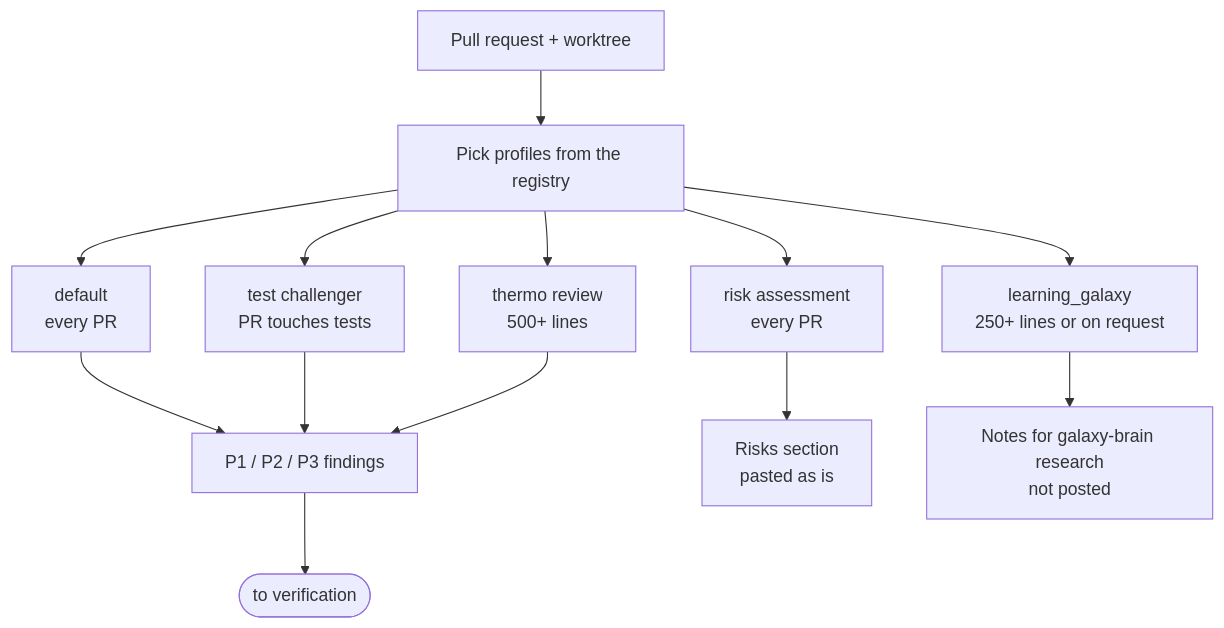
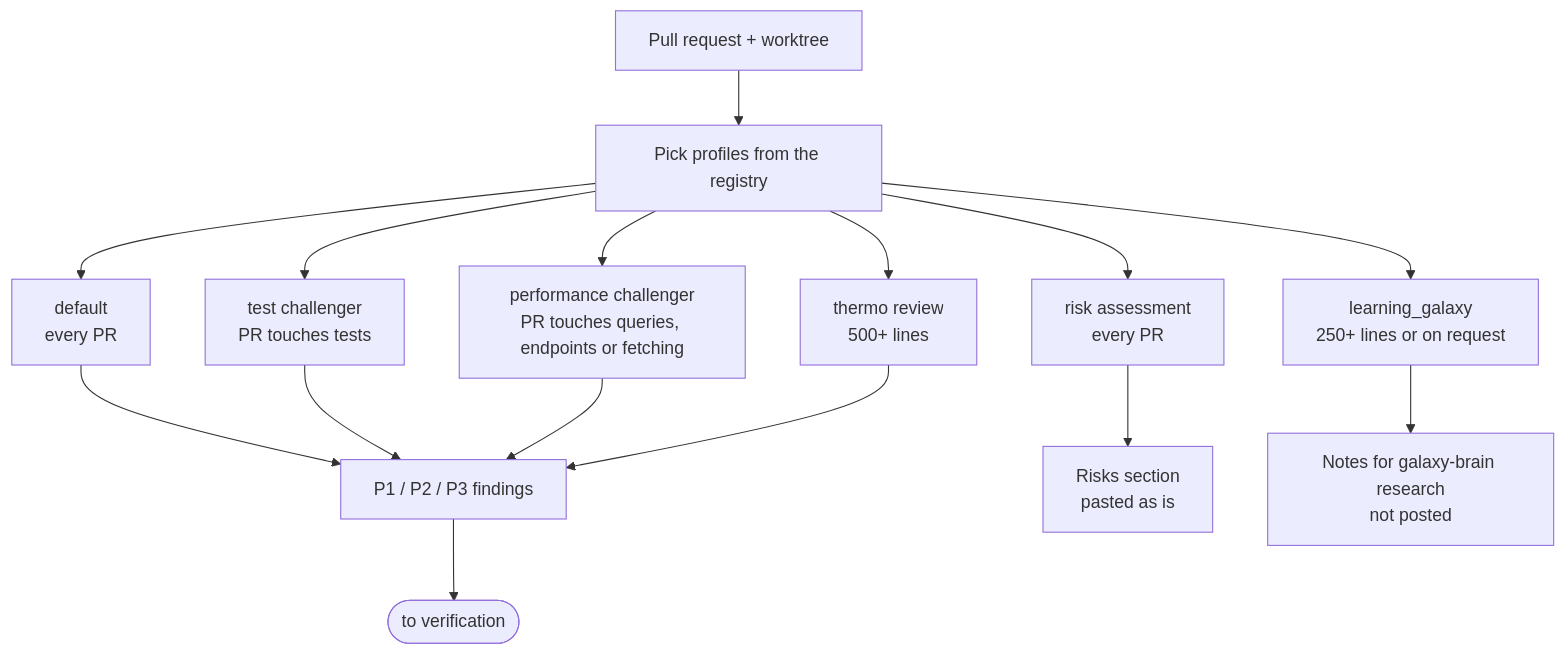
The second of 4 diagrams in vault/agents/factory/REVIEW_FACTORY.md (jmchilton/galaxy-brain), drawn with Mermaid before and after one commit. The commit also changed other lines of this file and 7 other files, not shown here.

First line of the commit message:
Performance challenges: GX_PROCESS_CHALLENGE_PERFORMANCE harden step and gx_performance_challenger reviewer

````diff
--- a/vault/agents/factory/REVIEW_FACTORY.md
+++ b/vault/agents/factory/REVIEW_FACTORY.md
@@ -29,15 +29,17 @@
 ```mermaid
 flowchart TD
   PR["Pull request + worktree"] --> Sel["Pick profiles from the registry"]
   Sel --> D["default<br/>every PR"]
   Sel --> R["risk assessment<br/>every PR"]
   Sel --> T["test challenger<br/>PR touches tests"]
+  Sel --> PF["performance challenger<br/>PR touches queries, endpoints or fetching"]
   Sel --> TH["thermo review<br/>500+ lines"]
   Sel --> L["learning_galaxy<br/>250+ lines or on request"]
   D --> F["P1 / P2 / P3 findings"]
   T --> F
+  PF --> F
   TH --> F
   R --> RK["Risks section<br/>pasted as is"]
   L --> LG["Notes for galaxy-brain research<br/>not posted"]
   F --> V(["to verification"])
 ```
````
